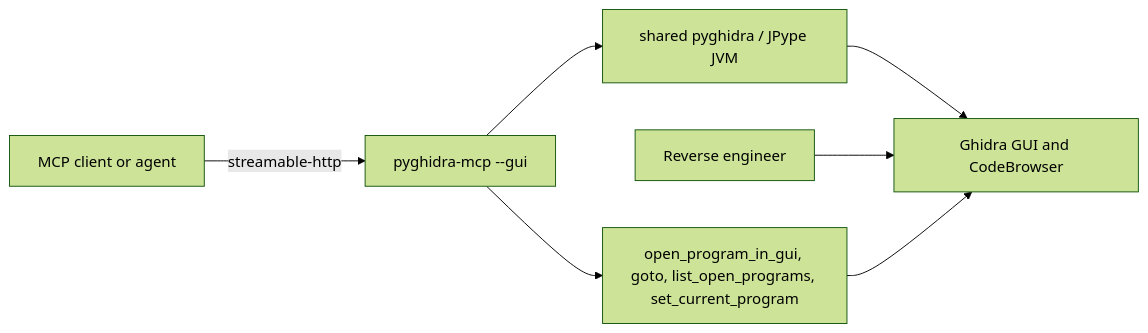
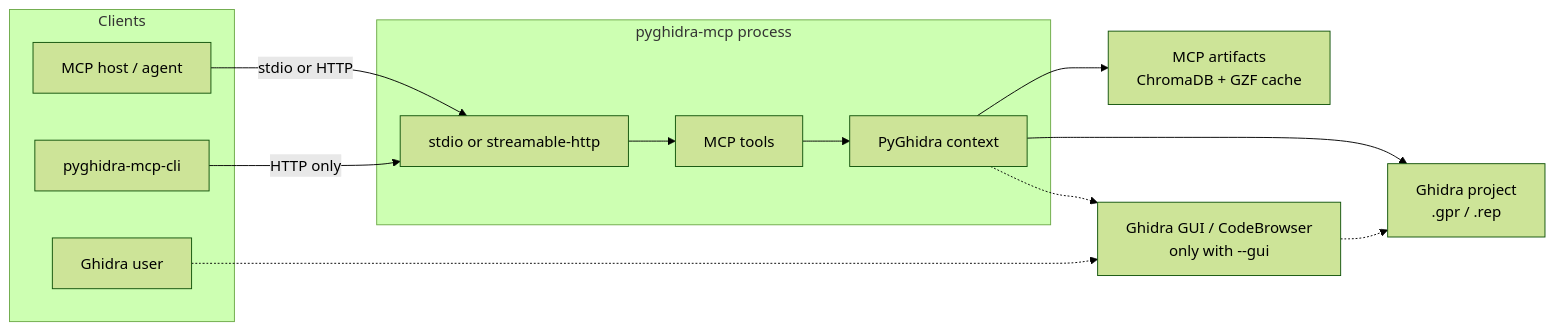
One commit to clearbluejar/pyghidra-mcp changed the first of 3 diagrams in README.md. Above: the diagram before and after it, drawn with Mermaid (forest theme). The commit also changed other lines of this file, not shown here.

````diff
--- a/README.md
+++ b/README.md
@@ -61,9 +50,28 @@
 ```mermaid
 flowchart LR
-    Agent["MCP client or agent"] -->|"streamable-http"| Server["pyghidra-mcp --gui"]
-    Server --> JVM["shared pyghidra / JPype JVM"]
-    JVM --> GUI["Ghidra GUI and CodeBrowser"]
-    User["Reverse engineer"] --> GUI
-    Server --> GuiTools["open_program_in_gui, goto, list_open_programs, set_current_program"]
-    GuiTools --> GUI
+    subgraph Clients["Clients"]
+        Agent["MCP host / agent"]
+        Cli["pyghidra-mcp-cli"]
+        User["Ghidra user"]
+    end
+
+    subgraph Process["pyghidra-mcp process"]
+        Transport["stdio or streamable-http"]
+        Tools["MCP tools"]
+        Context["PyGhidra context"]
+    end
+
+    Project["Ghidra project<br/>.gpr / .rep"]
+    Artifacts["MCP artifacts<br/>ChromaDB + GZF cache"]
+    Gui["Ghidra GUI / CodeBrowser<br/>only with --gui"]
+
+    Agent -->|"stdio or HTTP"| Transport
+    Cli -->|"HTTP only"| Transport
+    Transport --> Tools
+    Tools --> Context
+    Context --> Project
+    Context --> Artifacts
+    Context -.-> Gui
+    User -.-> Gui
+    Gui -.-> Project
 ```
````
